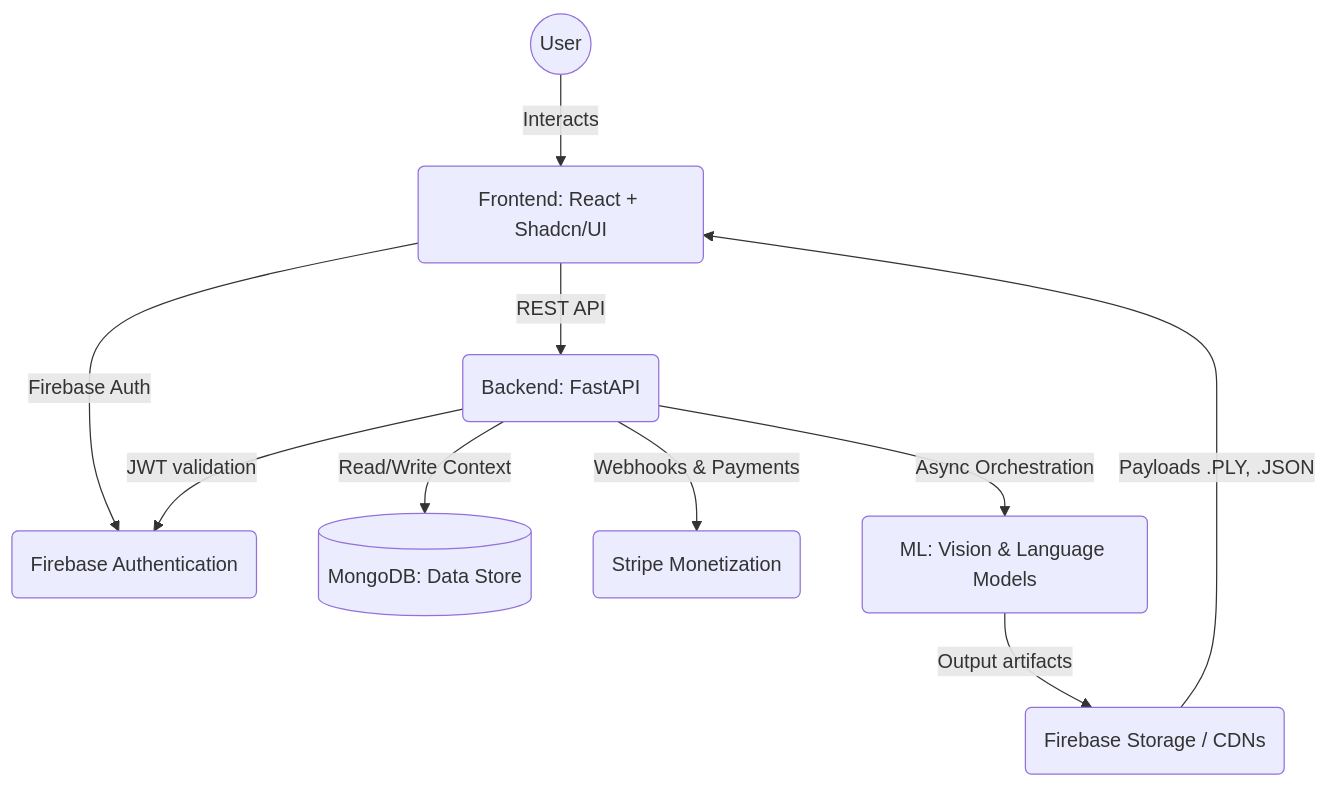
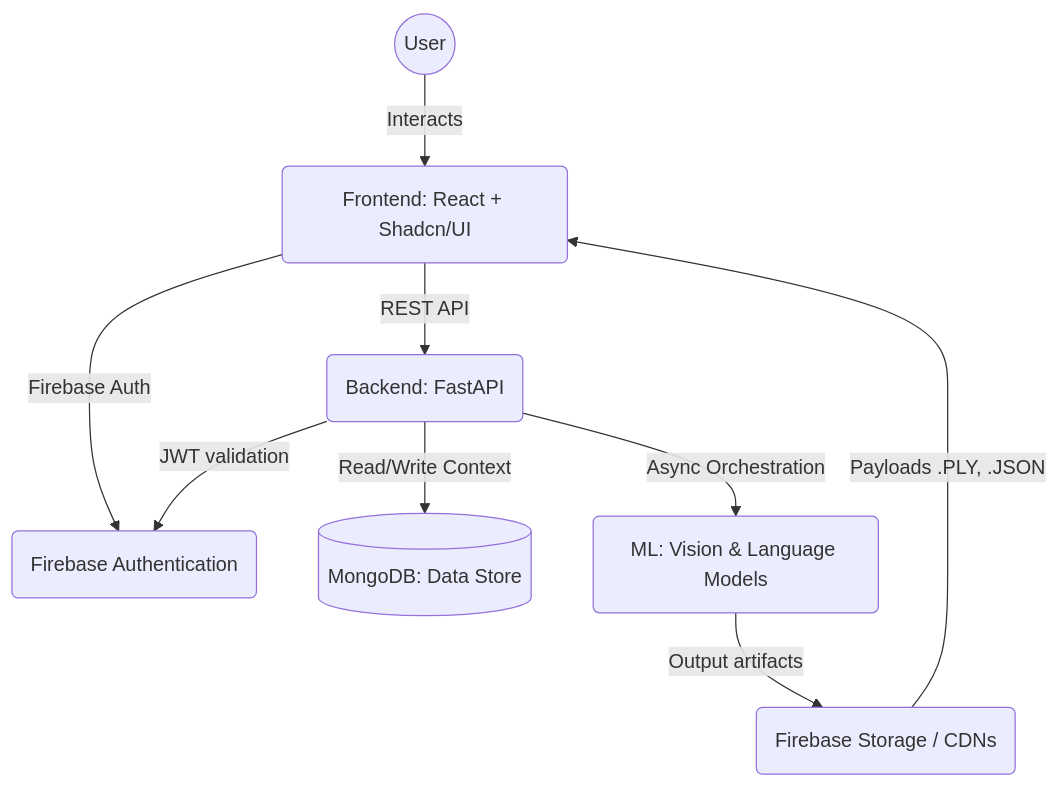
Before and after one commit to PuneethPujala/vox-assist: the diagram in README.md, drawn with Mermaid. The commit also changed other lines of this file and 3 other files, not shown here.

````diff
--- a/README.md
+++ b/README.md
@@ -7,12 +7,11 @@
 ```mermaid
 graph TD;
     User((User)) --> |Interacts| ReactApp(Frontend: React + Shadcn/UI);
     ReactApp --> |Firebase Auth| FirebaseAuth(Firebase Authentication);
     ReactApp --> |REST API| FastAPI(Backend: FastAPI);
     FastAPI --> |JWT validation| FirebaseAuth;
     FastAPI --> |Read/Write Context| MongoDB[(MongoDB: Data Store)];
-    FastAPI --> |Webhooks & Payments| Stripe(Stripe Monetization);
     FastAPI --> |Async Orchestration| MLPipeline(ML: Vision & Language Models);
     MLPipeline --> |Output artifacts| Storage(Firebase Storage / CDNs);
     Storage --> |Payloads .PLY, .JSON| ReactApp;
 ```
````
